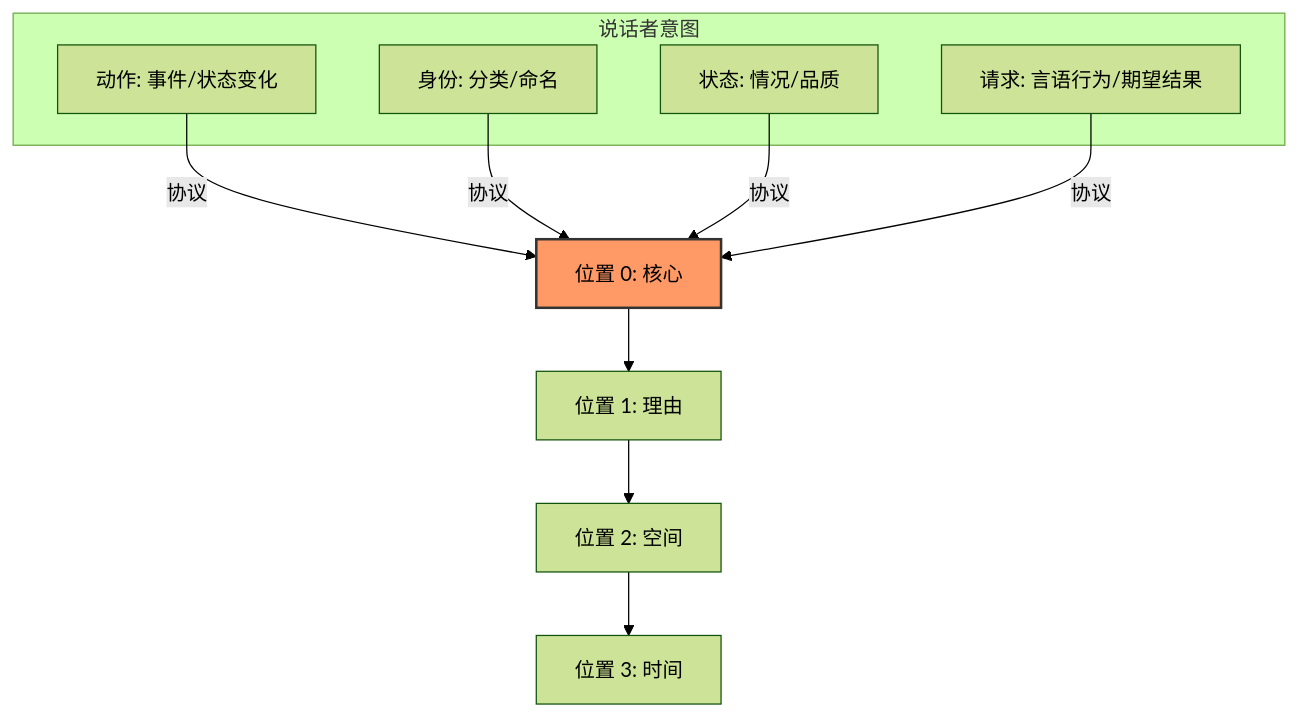
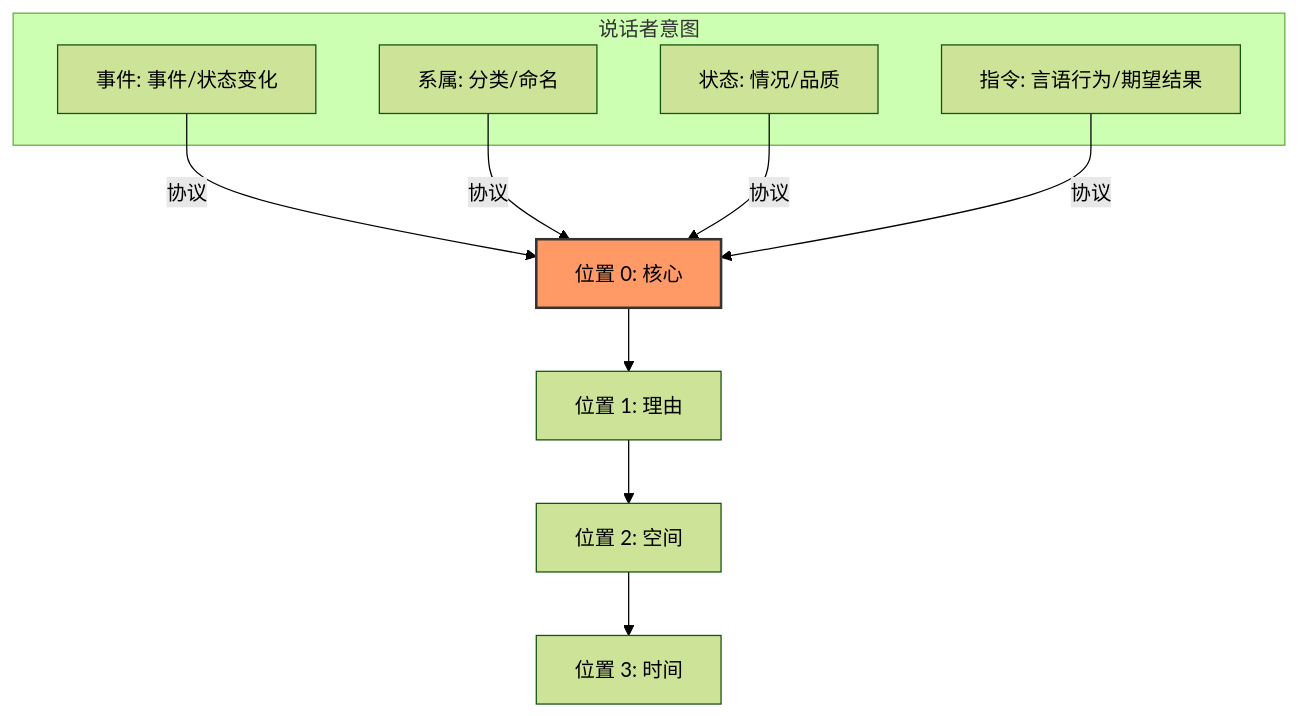
Before and after one commit to corefirst/cflt: the first of 3 diagrams in docs/zh/foundations/core-concept.md, drawn with Mermaid (forest theme). The commit also changed other lines of this file and 26 other files, not shown here.

````diff
--- a/docs/zh/foundations/core-concept.md
+++ b/docs/zh/foundations/core-concept.md
@@ -87,20 +87,20 @@
 ```mermaid
 graph TD
     subgraph "说话者意图"
-    I1[动作: 事件/状态变化]
-    I2[身份: 分类/命名]
+    I1[事件: 事件/状态变化]
+    I2[系属: 分类/命名]
     I3[状态: 情况/品质]
-    I4[请求: 言语行为/期望结果]
+    I4[指令: 言语行为/期望结果]
     end
     
     I1 -- "协议" --> P0[位置 0: 核心]
     I2 -- "协议" --> P0
     I3 -- "协议" --> P0
     I4 -- "协议" --> P0
     
     P0 --> P1[位置 1: 理由]
     P1 --> P2[位置 2: 空间]
     P2 --> P3[位置 3: 时间]
     
     style P0 fill:#f96,stroke:#333,stroke-width:2px
 ```
````
